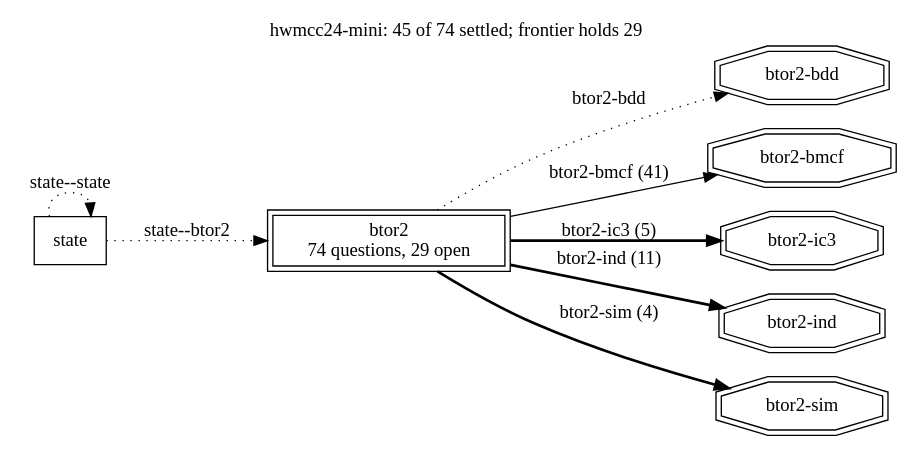
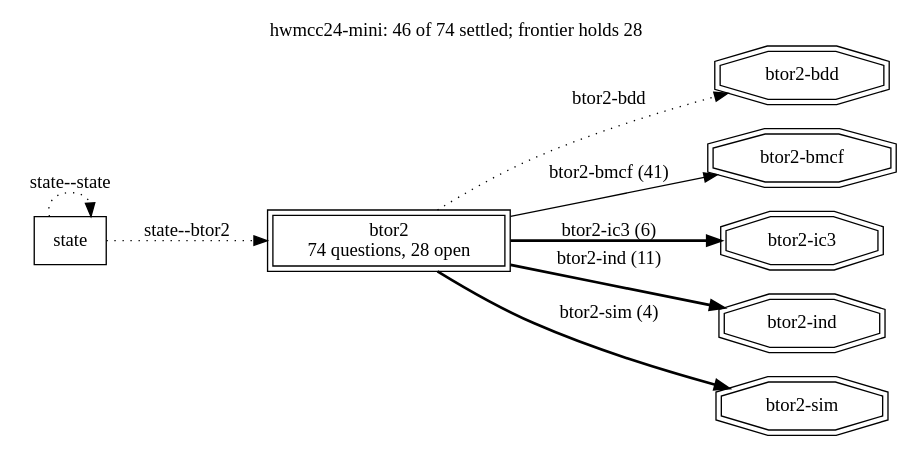
One commit to cksystemsgroup/hurdy-gurdy changed the diagram in runs/hwmcc24-mini/frontier.dot. Above: the diagram before and after it, drawn with Graphviz. The commit also changed 2 other files, not shown here.

Commit message:
The plug pulled mid-stride: ten questions replayed at wall 600 before the stop, and what was banked stays banked

```diff
--- a/runs/hwmcc24-mini/frontier.dot
+++ b/runs/hwmcc24-mini/frontier.dot
@@ -1,19 +1,19 @@
 digraph "hwmcc24-mini" {
   rankdir=LR; labelloc=t;
-  label="hwmcc24-mini: 45 of 74 settled; frontier holds 29";
+  label="hwmcc24-mini: 46 of 74 settled; frontier holds 28";
   node [shape=box];
-  "btor2" [peripheries=2, label="btor2\n74 questions, 29 open"];
+  "btor2" [peripheries=2, label="btor2\n74 questions, 28 open"];
   "state";
   "state" -> "btor2" [style=dotted, label="state--btor2"];
   "state" -> "state" [style=dotted, label="state--state"];
   "terminal:btor2-bdd" [shape=doubleoctagon, label="btor2-bdd"];
   "btor2" -> "terminal:btor2-bdd" [style=dotted, label="btor2-bdd"];
   "terminal:btor2-bmcf" [shape=doubleoctagon, label="btor2-bmcf"];
   "btor2" -> "terminal:btor2-bmcf" [style=solid, label="btor2-bmcf (41)"];
   "terminal:btor2-ic3" [shape=doubleoctagon, label="btor2-ic3"];
-  "btor2" -> "terminal:btor2-ic3" [style=bold, label="btor2-ic3 (5)"];
+  "btor2" -> "terminal:btor2-ic3" [style=bold, label="btor2-ic3 (6)"];
   "terminal:btor2-ind" [shape=doubleoctagon, label="btor2-ind"];
   "btor2" -> "terminal:btor2-ind" [style=bold, label="btor2-ind (11)"];
   "terminal:btor2-sim" [shape=doubleoctagon, label="btor2-sim"];
   "btor2" -> "terminal:btor2-sim" [style=bold, label="btor2-sim (4)"];
 }
```
